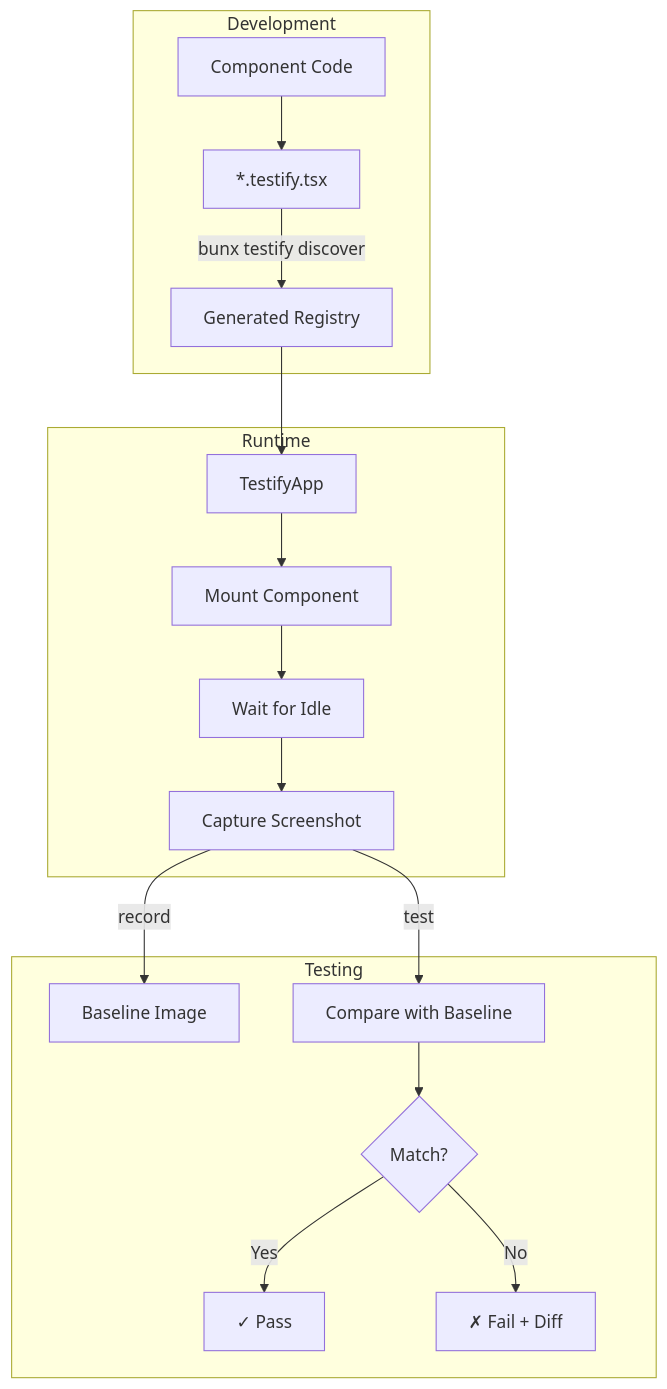
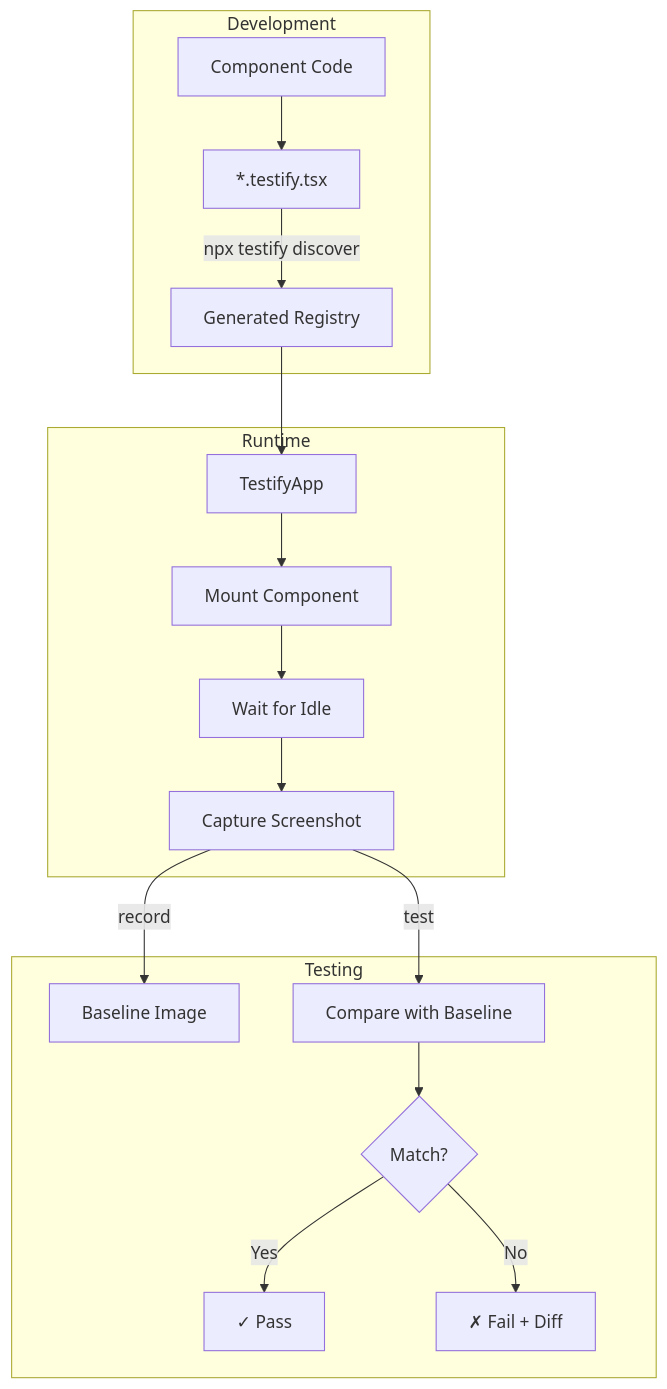
The diagram in README.md (bheemreddy-samsara/react-native-testify), drawn with Mermaid before and after one commit. The commit also changed other lines of this file and 39 other files, not shown here.

````diff
--- a/README.md
+++ b/README.md
@@ -20,22 +20,22 @@
 ```mermaid
 flowchart TB
     subgraph Development
         A[Component Code] --> B[*.testify.tsx]
-        B --> |bunx testify discover| C[Generated Registry]
+        B --> |npx testify discover| C[Generated Registry]
     end
     
     subgraph Runtime
         C --> D[TestifyApp]
         D --> E[Mount Component]
         E --> F[Wait for Idle]
         F --> G[Capture Screenshot]
     end
     
     subgraph Testing
         G --> |record| H[Baseline Image]
         G --> |test| I[Compare with Baseline]
         I --> J{Match?}
         J --> |Yes| K[✓ Pass]
         J --> |No| L[✗ Fail + Diff]
     end
 ```
````
